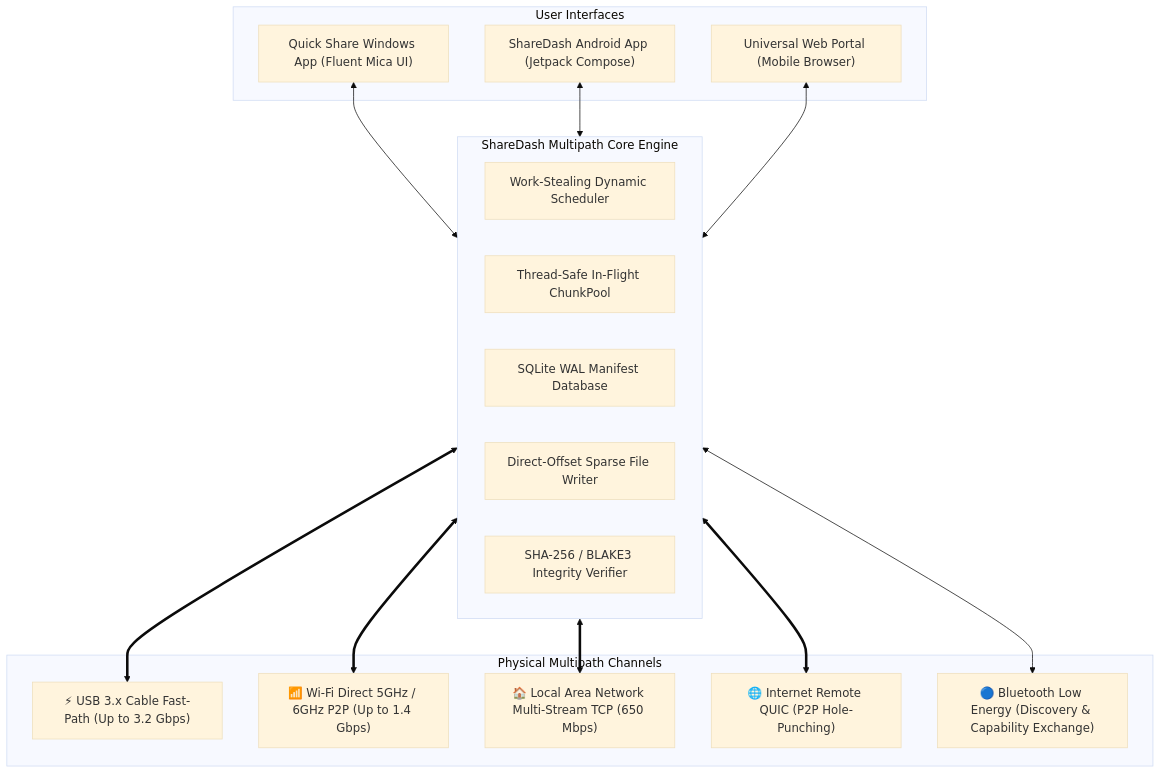
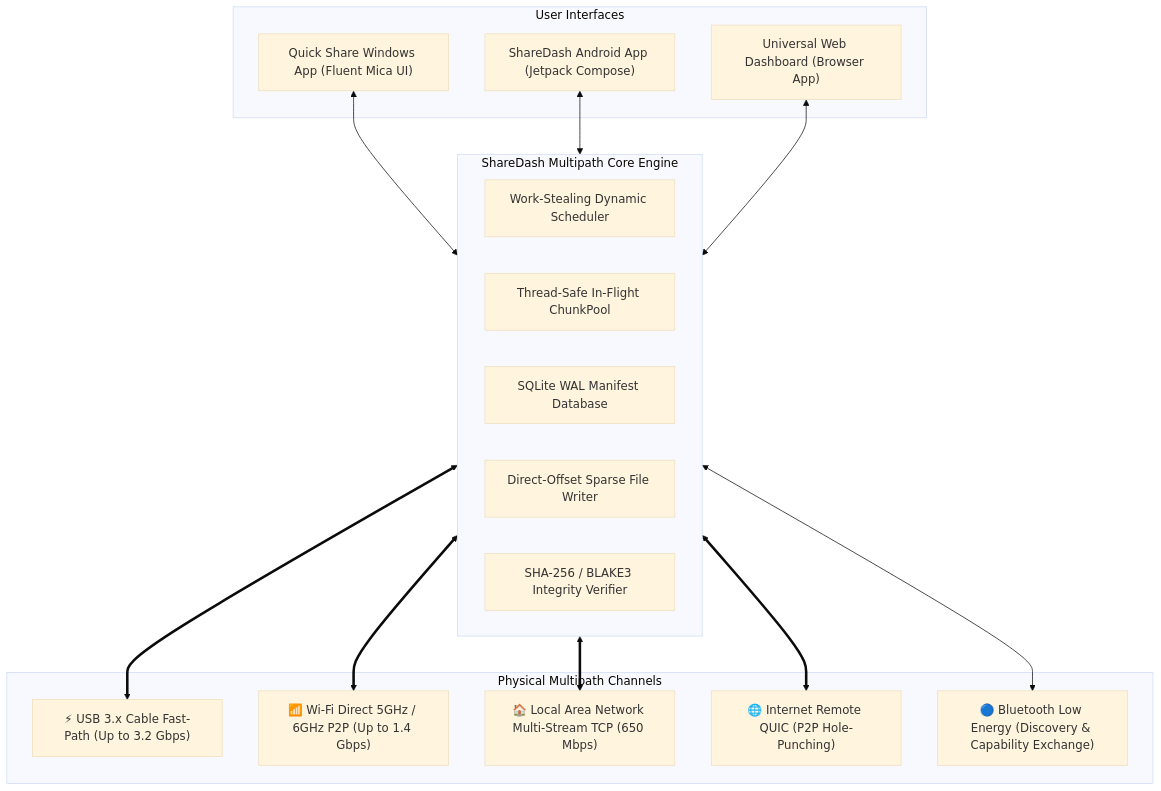
Before and after one commit to SamSunny4/ShareDash: the diagram in README.md, drawn with Mermaid (base theme). The commit also changed other lines of this file and 20 other files, not shown here.

````diff
--- a/README.md
+++ b/README.md
@@ -23,34 +35,34 @@
 ```mermaid
 graph TD
     subgraph UI ["User Interfaces"]
         WinUI["Quick Share Windows App (Fluent Mica UI)"]
         AndUI["ShareDash Android App (Jetpack Compose)"]
-        WebPortal["Universal Web Portal (Mobile Browser)"]
+        WebPortal["Universal Web Dashboard (Browser App)"]
     end
 
     subgraph Core ["ShareDash Multipath Core Engine"]
         Sched["Work-Stealing Dynamic Scheduler"]
         Pool["Thread-Safe In-Flight ChunkPool"]
         DB["SQLite WAL Manifest Database"]
         Writer["Direct-Offset Sparse File Writer"]
         Verif["SHA-256 / BLAKE3 Integrity Verifier"]
     end
 
     subgraph Transports ["Physical Multipath Channels"]
         USB["⚡ USB 3.x Cable Fast-Path (Up to 3.2 Gbps)"]
         P2P["📶 Wi-Fi Direct 5GHz / 6GHz P2P (Up to 1.4 Gbps)"]
         LAN["🏠 Local Area Network Multi-Stream TCP (650 Mbps)"]
         QUIC["🌐 Internet Remote QUIC (P2P Hole-Punching)"]
         BLE["🔵 Bluetooth Low Energy (Discovery & Capability Exchange)"]
     end
 
     WinUI <--> Core
     AndUI <--> Core
     WebPortal <--> Core
     
     Core <==> USB
     Core <==> P2P
     Core <==> LAN
     Core <==> QUIC
     Core <--> BLE
 ```
````
